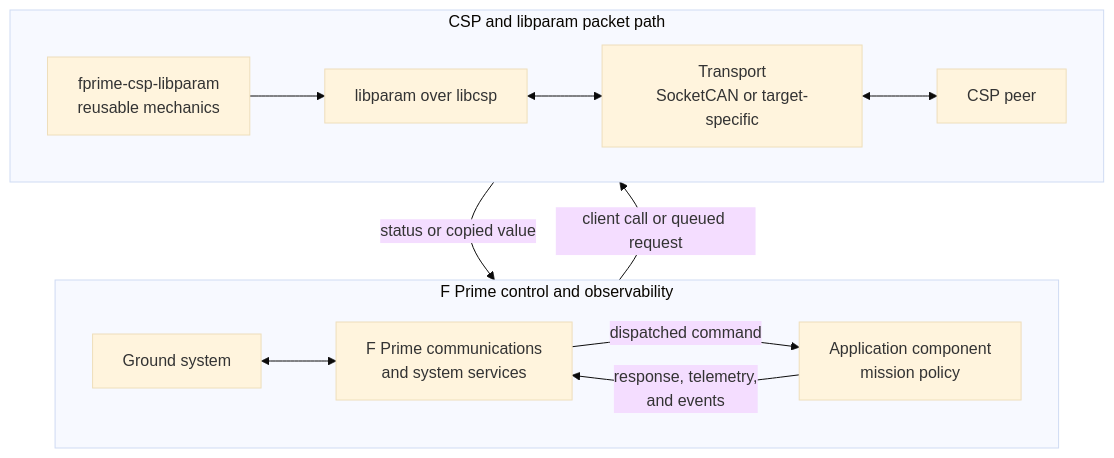
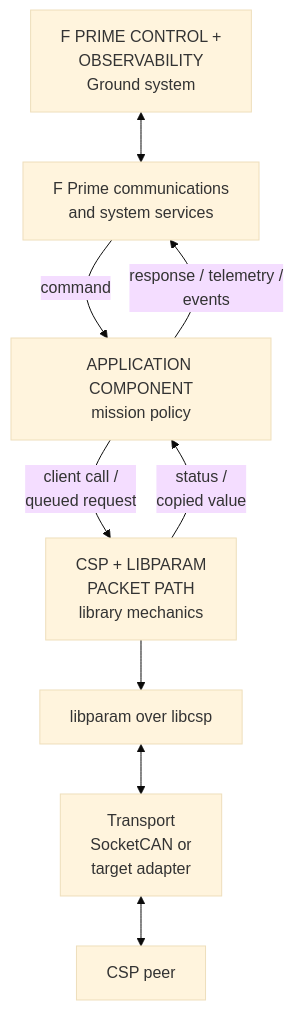
Before and after one commit to SiboVG/fprime-csp-libparam: the first of 4 diagrams in docs/architecture.md, drawn with Mermaid (base theme). The commit also changed other lines of this file and 28 other files, not shown here.

Commit message:
chore: preserve reviewed CSP library baseline

````diff
--- a/docs/architecture.md
+++ b/docs/architecture.md
@@ -78,19 +78,20 @@
 ```mermaid
 flowchart TB
-  subgraph GroundPath["F Prime control and observability"]
-    direction LR
-    GROUND["Ground system"] <--> COMMS["F Prime communications<br/>and system services"]
-    COMMS -->|"dispatched command"| APP["Application component<br/>mission policy"]
-    APP -->|"response, telemetry,<br/>and events"| COMMS
-  end
+  GROUND["F PRIME CONTROL +<br/>OBSERVABILITY<br/>Ground system"]
+  COMMS["F Prime communications<br/>and system services"]
+  APP["APPLICATION COMPONENT<br/>mission policy"]
+  API["CSP + LIBPARAM<br/>PACKET PATH<br/>library mechanics"]
+  PROTOCOL["libparam over libcsp"]
+  LINK["Transport<br/>SocketCAN or<br/>target adapter"]
+  PEER["CSP peer"]
 
-  subgraph CspPath["CSP and libparam packet path"]
-    direction LR
-    API["fprime-csp-libparam<br/>reusable mechanics"] --> PROTOCOL["libparam over libcsp"]
-    PROTOCOL <--> LINK["Transport<br/>SocketCAN or target-specific"]
-    LINK <--> PEER["CSP peer"]
-  end
+  GROUND <--> COMMS
+  COMMS -->|"command"| APP
+  APP -->|"response / telemetry /<br/>events"| COMMS
+  APP -->|"client call /<br/>queued request"| API
+  API -->|"status /<br/>copied value"| APP
+  API --> PROTOCOL
+  PROTOCOL <--> LINK
+  LINK <--> PEER
 
-  APP -->|"client call or queued request"| API
-  API -->|"status or copied value"| APP
 ```
````
